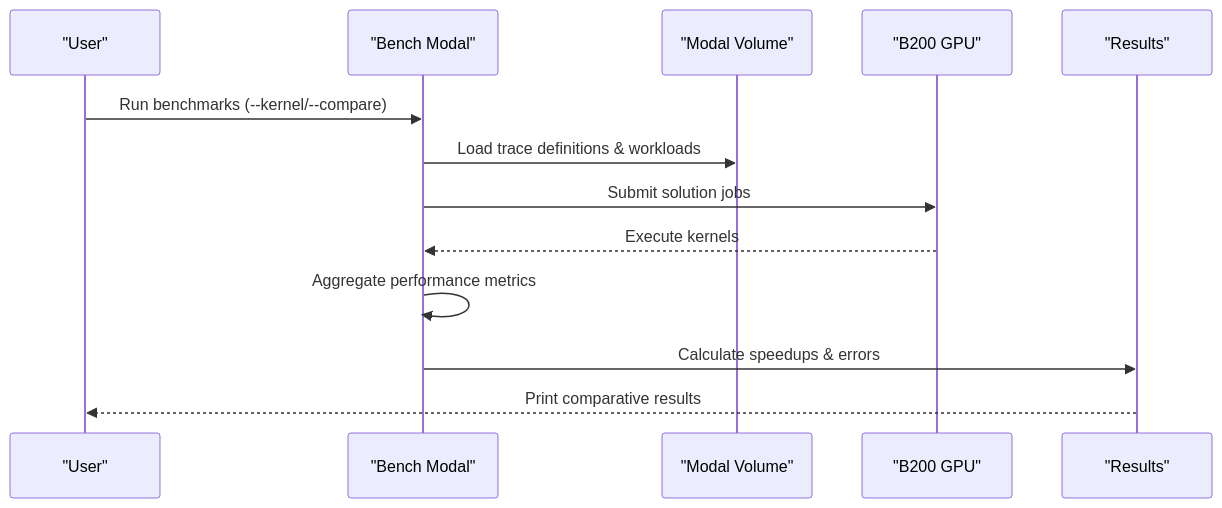
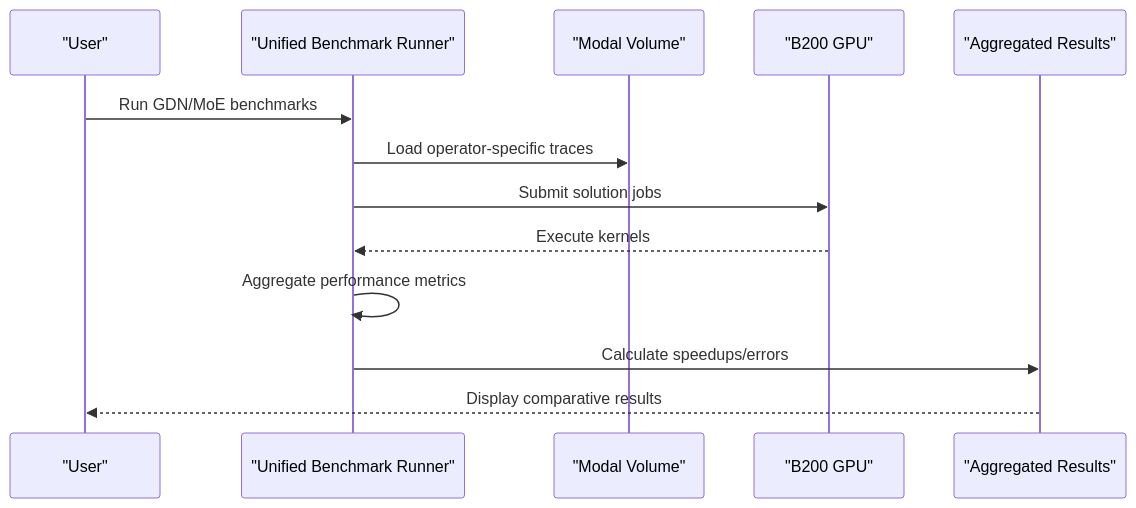
Before and after one commit to gugudeshubao/flashinfer-bench-tma-thrust: the tenth of 10 diagrams in .qoder/repowiki/en/content/Project Overview/Project Overview.md, drawn with Mermaid. The commit also changed other lines of this file and 23 other files, not shown here.

````diff
--- a/.qoder/repowiki/en/content/Project Overview/Project Overview.md
+++ b/.qoder/repowiki/en/content/Project Overview/Project Overview.md
@@ -283,15 +482,15 @@
 ```mermaid
 sequenceDiagram
 participant User as "User"
-participant Runner as "Bench Modal"
+participant Runner as "Unified Benchmark Runner"
 participant Volume as "Modal Volume"
 participant GPU as "B200 GPU"
-participant Results as "Results"
-User->>Runner : Run benchmarks (--kernel/--compare)
-Runner->>Volume : Load trace definitions & workloads
+participant Results as "Aggregated Results"
+User->>Runner : Run GDN/MoE benchmarks
+Runner->>Volume : Load operator-specific traces
 Runner->>GPU : Submit solution jobs
 GPU-->>Runner : Execute kernels
 Runner->>Runner : Aggregate performance metrics
-Runner->>Results : Calculate speedups & errors
-Results-->>User : Print comparative results
+Runner->>Results : Calculate speedups/errors
+Results-->>User : Display comparative results
 ```
````
